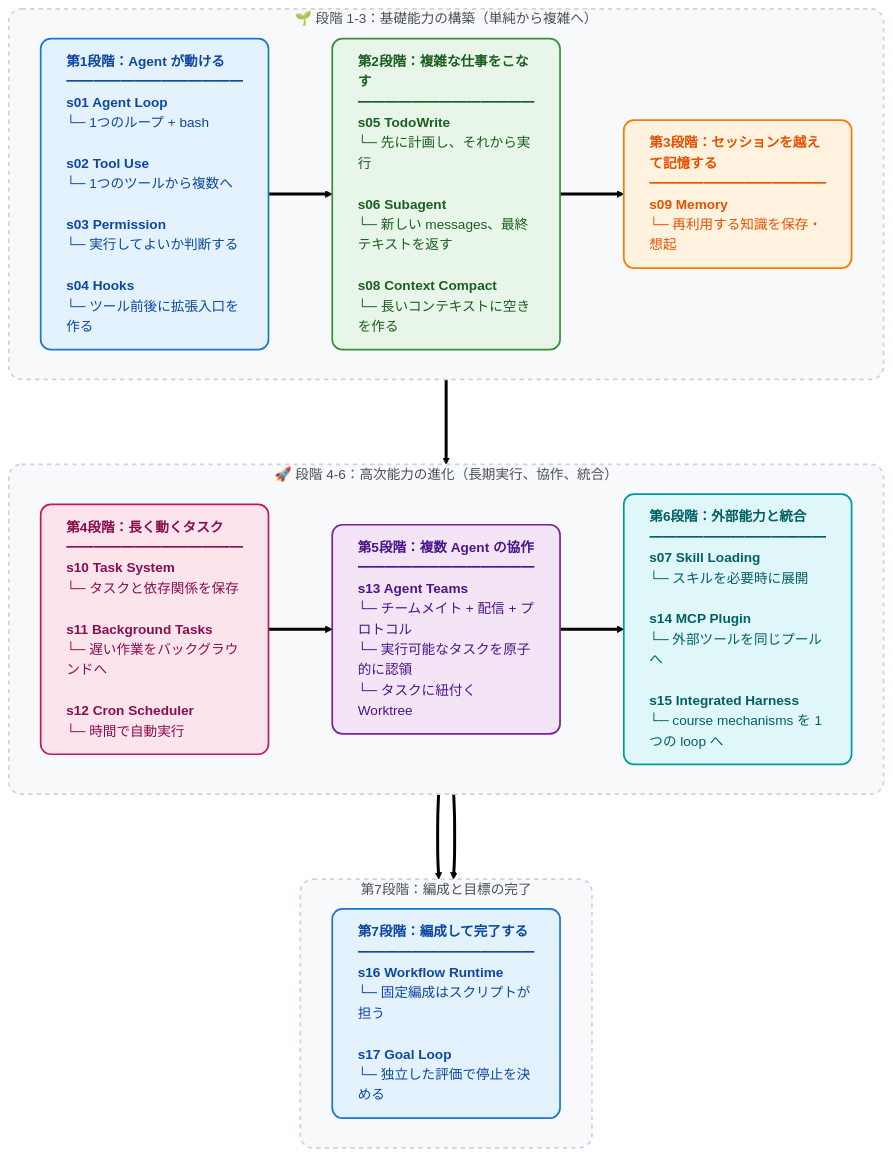
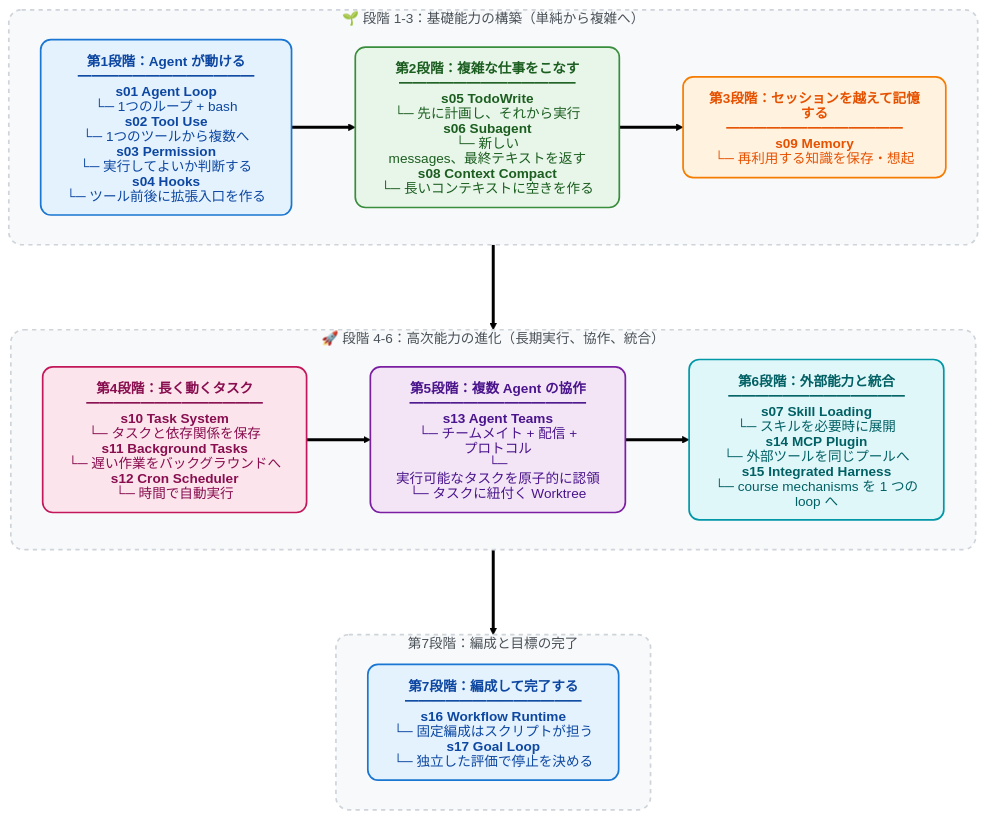
Before and after one commit to shareAI-lab/learn-claude-code: the diagram in README-ja.md, drawn with Mermaid (forest theme). The commit also changed 2 other files, not shown here.

Commit message:
docs: fix learning path label wrapping and stage layout

````diff
--- a/README-ja.md
+++ b/README-ja.md
@@ -300,12 +300,18 @@
 ```mermaid
+---
+config:
+  htmlLabels: false
+  flowchart:
+    wrappingWidth: 260
+---
 flowchart TD
     %% カードスタイル
-    classDef stage1 fill:#E3F2FD,stroke:#1976D2,stroke-width:2px,color:#0D47A1,rx:12,ry:12,text-align:left
-    classDef stage2 fill:#E8F5E9,stroke:#388E3C,stroke-width:2px,color:#1B5E20,rx:12,ry:12,text-align:left
-    classDef stage3 fill:#FFF3E0,stroke:#F57C00,stroke-width:2px,color:#E65100,rx:12,ry:12,text-align:left
-    classDef stage4 fill:#FCE4EC,stroke:#C2185b,stroke-width:2px,color:#880E4F,rx:12,ry:12,text-align:left
-    classDef stage5 fill:#F3E5F5,stroke:#7B1FA2,stroke-width:2px,color:#4A148C,rx:12,ry:12,text-align:left
-    classDef stage6 fill:#E0F7FA,stroke:#0097A7,stroke-width:2px,color:#006064,rx:12,ry:12,text-align:left
+    classDef stage1 fill:#E3F2FD,stroke:#1976D2,stroke-width:2px,color:#0D47A1,rx:12,ry:12,text-align:center
+    classDef stage2 fill:#E8F5E9,stroke:#388E3C,stroke-width:2px,color:#1B5E20,rx:12,ry:12,text-align:center
+    classDef stage3 fill:#FFF3E0,stroke:#F57C00,stroke-width:2px,color:#E65100,rx:12,ry:12,text-align:center
+    classDef stage4 fill:#FCE4EC,stroke:#C2185b,stroke-width:2px,color:#880E4F,rx:12,ry:12,text-align:center
+    classDef stage5 fill:#F3E5F5,stroke:#7B1FA2,stroke-width:2px,color:#4A148C,rx:12,ry:12,text-align:center
+    classDef stage6 fill:#E0F7FA,stroke:#0097A7,stroke-width:2px,color:#006064,rx:12,ry:12,text-align:center
 
     %% 背景スタイル
     classDef groupBox fill:#F8F9FA,stroke:#CED4DA,stroke-width:2px,stroke-dasharray: 5 5,rx:15,ry:15,color:#495057
@@ -313,11 +319,35 @@
     %% 第1層：1-3段階
     subgraph Phase1 ["🌱 段階 1-3：基礎能力の構築（単純から複雑へ）"]
         direction LR
-        S1["<b>第1段階：Agent が動ける</b><br/>━━━━━━━━━━━━━<br/><b>s01 Agent Loop</b><br/>└─ 1つのループ + bash<br/><br/><b>s02 Tool Use</b><br/>└─ 1つのツールから複数へ<br/><br/><b>s03 Permission</b><br/>└─ 実行してよいか判断する<br/><br/><b>s04 Hooks</b><br/>└─ ツール前後に拡張入口を作る"]:::stage1
+        S1["`**第1段階：Agent が動ける**
+━━━━━━━━━━━━━
+**s01 Agent Loop**
+└─ 1つのループ + bash
 
-        S2["<b>第2段階：複雑な仕事をこなす</b><br/>━━━━━━━━━━━━━<br/><b>s05 TodoWrite</b><br/>└─ 先に計画し、それから実行<br/><br/><b>s06 Subagent</b><br/>└─ 新しい messages、最終テキストを返す<br/><br/><b>s08 Context Compact</b><br/>└─ 長いコンテキストに空きを作る"]:::stage2
+**s02 Tool Use**
+└─ 1つのツールから複数へ
 
-        S3["<b>第3段階：セッションを越えて記憶する</b><br/>━━━━━━━━━━━━━<br/><b>s09 Memory</b><br/>└─ 再利用する知識を保存・想起"]:::stage3
+**s03 Permission**
+└─ 実行してよいか判断する
+
+**s04 Hooks**
+└─ ツール前後に拡張入口を作る`"]:::stage1
+
+        S2["`**第2段階：複雑な仕事をこなす**
+━━━━━━━━━━━━━
+**s05 TodoWrite**
+└─ 先に計画し、それから実行
+
+**s06 Subagent**
+└─ 新しい messages、最終テキストを返す
+
+**s08 Context Compact**
+└─ 長いコンテキストに空きを作る`"]:::stage2
+
+        S3["`**第3段階：セッションを越えて記憶する**
+━━━━━━━━━━━━━
+**s09 Memory**
+└─ 再利用する知識を保存・想起`"]:::stage3
 
         S1 ==> S2 ==> S3
     end
@@ -325,11 +355,34 @@
     %% 第2層：4-6段階
     subgraph Phase2 ["🚀 段階 4-6：高次能力の進化（長期実行、協作、統合）"]
         direction LR
-        S4["<b>第4段階：長く動くタスク</b><br/>━━━━━━━━━━━━━<br/><b>s10 Task System</b><br/>└─ タスクと依存関係を保存<br/><br/><b>s11 Background Tasks</b><br/>└─ 遅い作業をバックグラウンドへ<br/><br/><b>s12 Cron Scheduler</b><br/>└─ 時間で自動実行"]:::stage4
+        S4["`**第4段階：長く動くタスク**
+━━━━━━━━━━━━━
+**s10 Task System**
+└─ タスクと依存関係を保存
 
-        S5["<b>第5段階：複数 Agent の協作</b><br/>━━━━━━━━━━━━━<br/><b>s13 Agent Teams</b><br/>└─ チームメイト + 配信 + プロトコル<br/>└─ 実行可能なタスクを原子的に認領<br/>└─ タスクに紐付く Worktree"]:::stage5
+**s11 Background Tasks**
+└─ 遅い作業をバックグラウンドへ
 
-        S6["<b>第6段階：外部能力と統合</b><br/>━━━━━━━━━━━━━<br/><b>s07 Skill Loading</b><br/>└─ スキルを必要時に展開<br/><br/><b>s14 MCP Plugin</b><br/>└─ 外部ツールを同じプールへ<br/><br/><b>s15 Integrated Harness</b><br/>└─ course mechanisms を 1 つの loop へ"]:::stage6
+**s12 Cron Scheduler**
+└─ 時間で自動実行`"]:::stage4
+
+        S5["`**第5段階：複数 Agent の協作**
+━━━━━━━━━━━━━
+**s13 Agent Teams**
+└─ チームメイト + 配信 + プロトコル
+└─ 実行可能なタスクを原子的に認領
+└─ タスクに紐付く Worktree`"]:::stage5
+
+        S6["`**第6段階：外部能力と統合**
+━━━━━━━━━━━━━
+**s07 Skill Loading**
+└─ スキルを必要時に展開
+
+**s14 MCP Plugin**
+└─ 外部ツールを同じプールへ
+
+**s15 Integrated Harness**
+└─ course mechanisms を 1 つの loop へ`"]:::stage6
 
         S4 ==> S5 ==> S6
     end
@@ -337,11 +390,17 @@
     %% 第3層：編成と目標の完了
     subgraph Phase3 ["第7段階：編成と目標の完了"]
         direction LR
-        S7["<b>第7段階：編成して完了する</b><br/>━━━━━━━━━━━━━<br/><b>s16 Workflow Runtime</b><br/>└─ 固定編成はスクリプトが担う<br/><br/><b>s17 Goal Loop</b><br/>└─ 独立した評価で停止を決める"]:::stage1
-        S6 ==> S7
+        S7["`**第7段階：編成して完了する**
+━━━━━━━━━━━━━
+**s16 Workflow Runtime**
+└─ 固定編成はスクリプトが担う
+
+**s17 Goal Loop**
+└─ 独立した評価で停止を決める`"]:::stage1
     end
 
     %% 3つの層を接続
+    %% Link groups, not their nodes, to preserve each group's LR direction.
     Phase1 ===> Phase2 ===> Phase3
 
     class Phase1,Phase2,Phase3 groupBox
````
